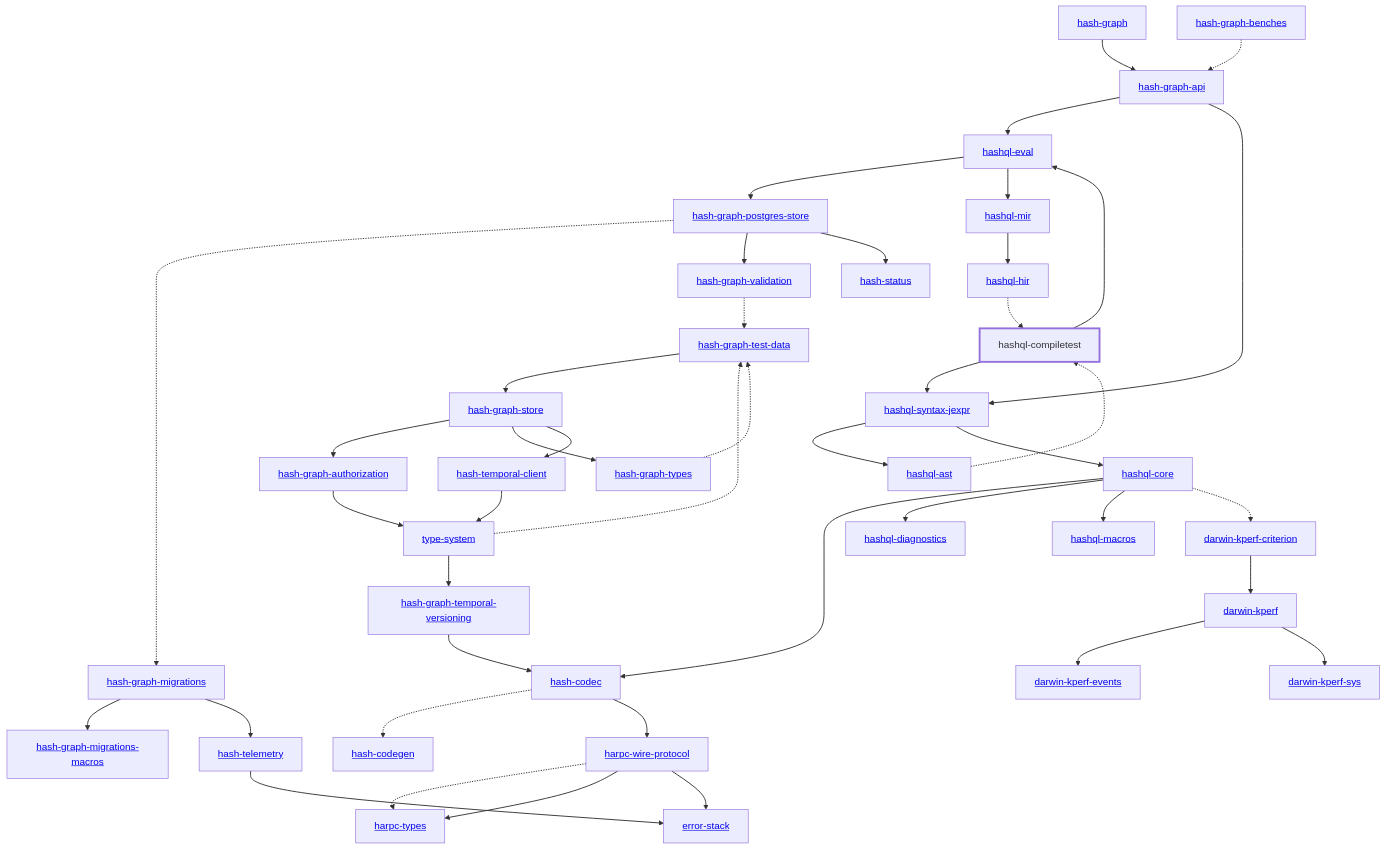
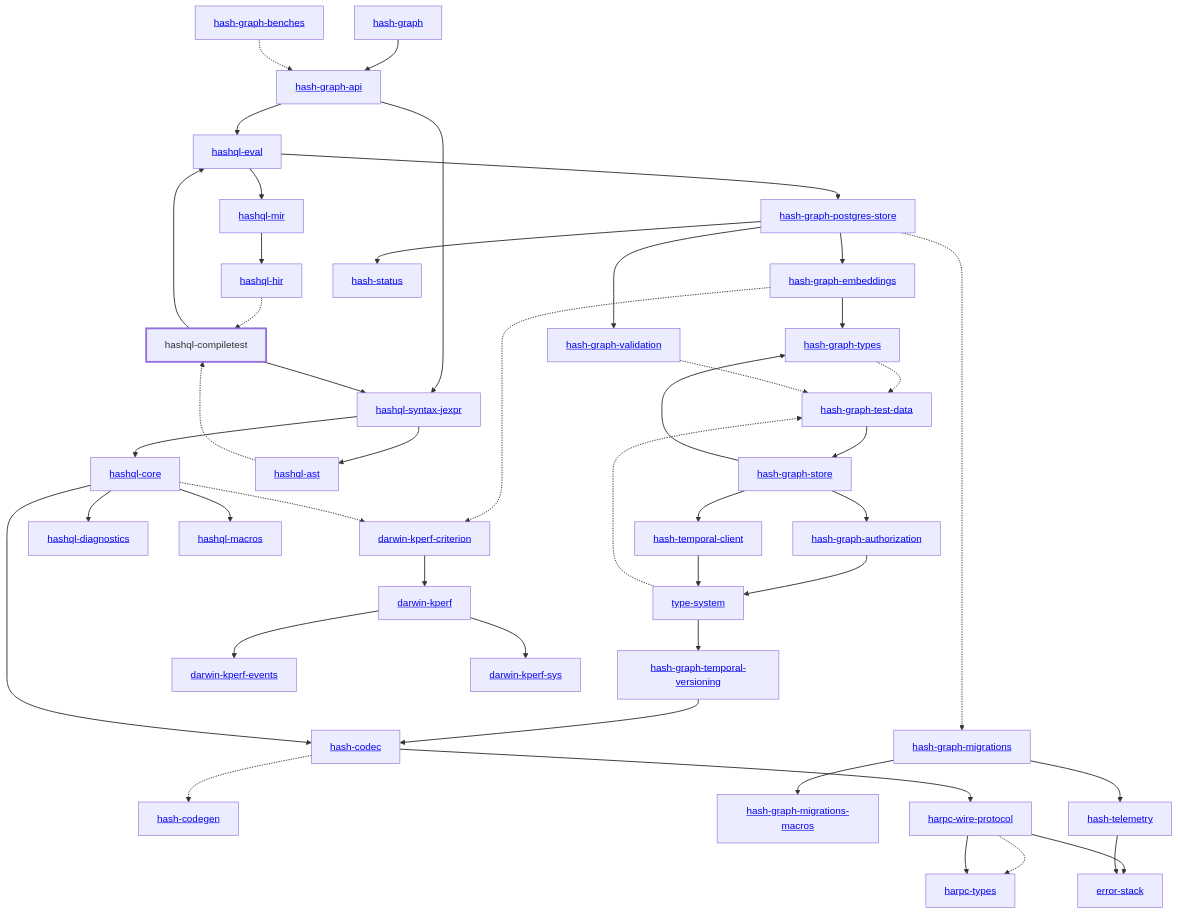
One commit to AKJUS/akin-hash changed the diagram in libs/@local/hashql/compiletest/docs/dependency-diagram.mmd. Above: the diagram before and after it, drawn with Mermaid. The commit also changed 52 other files, not shown here.

```diff
--- a/libs/@local/hashql/compiletest/docs/dependency-diagram.mmd
+++ b/libs/@local/hashql/compiletest/docs/dependency-diagram.mmd
@@ -1,87 +1,91 @@
 graph TD
     linkStyle default stroke-width:1.5px
     classDef default stroke-width:1px
     classDef root stroke-width:3px
     classDef dev stroke-width:1px
     classDef build stroke-width:1px
     %% Legend
     %% --> : Normal dependency
     %% -.-> : Dev dependency
     %% ---> : Build dependency
     0[<a href="../hash_graph/index.html">hash-graph</a>]
     1[<a href="../type_system/index.html">type-system</a>]
     2[<a href="../hash_codec/index.html">hash-codec</a>]
     3[<a href="../hash_codegen/index.html">hash-codegen</a>]
     4[<a href="../hash_graph_api/index.html">hash-graph-api</a>]
     5[<a href="../hash_graph_authorization/index.html">hash-graph-authorization</a>]
-    6[<a href="../hash_graph_migrations/index.html">hash-graph-migrations</a>]
-    7[<a href="../hash_graph_migrations_macros/index.html">hash-graph-migrations-macros</a>]
-    8[<a href="../hash_graph_postgres_store/index.html">hash-graph-postgres-store</a>]
-    9[<a href="../hash_graph_store/index.html">hash-graph-store</a>]
-    10[<a href="../hash_graph_temporal_versioning/index.html">hash-graph-temporal-versioning</a>]
-    11[<a href="../hash_graph_types/index.html">hash-graph-types</a>]
-    12[<a href="../hash_graph_validation/index.html">hash-graph-validation</a>]
-    13[<a href="../harpc_types/index.html">harpc-types</a>]
-    14[<a href="../harpc_wire_protocol/index.html">harpc-wire-protocol</a>]
-    15[<a href="../hashql_ast/index.html">hashql-ast</a>]
-    16[hashql-compiletest]
-    class 16 root
-    17[<a href="../hashql_core/index.html">hashql-core</a>]
-    18[<a href="../hashql_diagnostics/index.html">hashql-diagnostics</a>]
-    19[<a href="../hashql_eval/index.html">hashql-eval</a>]
-    20[<a href="../hashql_hir/index.html">hashql-hir</a>]
-    21[<a href="../hashql_macros/index.html">hashql-macros</a>]
-    22[<a href="../hashql_mir/index.html">hashql-mir</a>]
-    23[<a href="../hashql_syntax_jexpr/index.html">hashql-syntax-jexpr</a>]
-    24[<a href="../hash_status/index.html">hash-status</a>]
-    25[<a href="../hash_telemetry/index.html">hash-telemetry</a>]
-    26[<a href="../hash_temporal_client/index.html">hash-temporal-client</a>]
-    27[<a href="../darwin_kperf/index.html">darwin-kperf</a>]
-    28[<a href="../darwin_kperf_criterion/index.html">darwin-kperf-criterion</a>]
-    29[<a href="../darwin_kperf_events/index.html">darwin-kperf-events</a>]
-    30[<a href="../darwin_kperf_sys/index.html">darwin-kperf-sys</a>]
-    31[<a href="../error_stack/index.html">error-stack</a>]
-    32[<a href="../hash_graph_benches/index.html">hash-graph-benches</a>]
-    33[<a href="../hash_graph_test_data/index.html">hash-graph-test-data</a>]
+    6[<a href="../hash_graph_embeddings/index.html">hash-graph-embeddings</a>]
+    7[<a href="../hash_graph_migrations/index.html">hash-graph-migrations</a>]
+    8[<a href="../hash_graph_migrations_macros/index.html">hash-graph-migrations-macros</a>]
+    9[<a href="../hash_graph_postgres_store/index.html">hash-graph-postgres-store</a>]
+    10[<a href="../hash_graph_store/index.html">hash-graph-store</a>]
+    11[<a href="../hash_graph_temporal_versioning/index.html">hash-graph-temporal-versioning</a>]
+    12[<a href="../hash_graph_types/index.html">hash-graph-types</a>]
+    13[<a href="../hash_graph_validation/index.html">hash-graph-validation</a>]
+    14[<a href="../harpc_types/index.html">harpc-types</a>]
+    15[<a href="../harpc_wire_protocol/index.html">harpc-wire-protocol</a>]
+    16[<a href="../hashql_ast/index.html">hashql-ast</a>]
+    17[hashql-compiletest]
+    class 17 root
+    18[<a href="../hashql_core/index.html">hashql-core</a>]
+    19[<a href="../hashql_diagnostics/index.html">hashql-diagnostics</a>]
+    20[<a href="../hashql_eval/index.html">hashql-eval</a>]
+    21[<a href="../hashql_hir/index.html">hashql-hir</a>]
+    22[<a href="../hashql_macros/index.html">hashql-macros</a>]
+    23[<a href="../hashql_mir/index.html">hashql-mir</a>]
+    24[<a href="../hashql_syntax_jexpr/index.html">hashql-syntax-jexpr</a>]
+    25[<a href="../hash_status/index.html">hash-status</a>]
+    26[<a href="../hash_telemetry/index.html">hash-telemetry</a>]
+    27[<a href="../hash_temporal_client/index.html">hash-temporal-client</a>]
+    28[<a href="../darwin_kperf/index.html">darwin-kperf</a>]
+    29[<a href="../darwin_kperf_criterion/index.html">darwin-kperf-criterion</a>]
+    30[<a href="../darwin_kperf_events/index.html">darwin-kperf-events</a>]
+    31[<a href="../darwin_kperf_sys/index.html">darwin-kperf-sys</a>]
+    32[<a href="../error_stack/index.html">error-stack</a>]
+    33[<a href="../hash_graph_benches/index.html">hash-graph-benches</a>]
+    34[<a href="../hash_graph_test_data/index.html">hash-graph-test-data</a>]
     0 --> 4
-    1 --> 10
-    1 -.-> 33
+    1 --> 11
+    1 -.-> 34
     2 -.-> 3
-    2 --> 14
-    4 --> 19
-    4 --> 23
+    2 --> 15
+    4 --> 20
+    4 --> 24
     5 --> 1
-    6 --> 7
-    6 --> 25
-    8 -.-> 6
-    8 --> 12
-    8 --> 24
-    9 --> 5
-    9 --> 11
-    9 --> 26
-    10 --> 2
-    11 -.-> 33
-    12 -.-> 33
-    14 -.-> 13
-    14 --> 13
-    14 --> 31
-    15 -.-> 16
-    16 --> 19
-    16 --> 23
-    17 --> 2
-    17 --> 18
-    17 --> 21
-    17 -.-> 28
-    19 --> 8
-    19 --> 22
-    20 -.-> 16
-    22 --> 20
-    23 --> 15
-    23 --> 17
-    25 --> 31
-    26 --> 1
-    27 --> 29
-    27 --> 30
-    28 --> 27
-    32 -.-> 4
-    33 --> 9
+    6 --> 12
+    6 -.-> 29
+    7 --> 8
+    7 --> 26
+    9 --> 6
+    9 -.-> 7
+    9 --> 13
+    9 --> 25
+    10 --> 5
+    10 --> 12
+    10 --> 27
+    11 --> 2
+    12 -.-> 34
+    13 -.-> 34
+    15 -.-> 14
+    15 --> 14
+    15 --> 32
+    16 -.-> 17
+    17 --> 20
+    17 --> 24
+    18 --> 2
+    18 --> 19
+    18 --> 22
+    18 -.-> 29
+    20 --> 9
+    20 --> 23
+    21 -.-> 17
+    23 --> 21
+    24 --> 16
+    24 --> 18
+    26 --> 32
+    27 --> 1
+    28 --> 30
+    28 --> 31
+    29 --> 28
+    33 -.-> 4
+    34 --> 10
```
